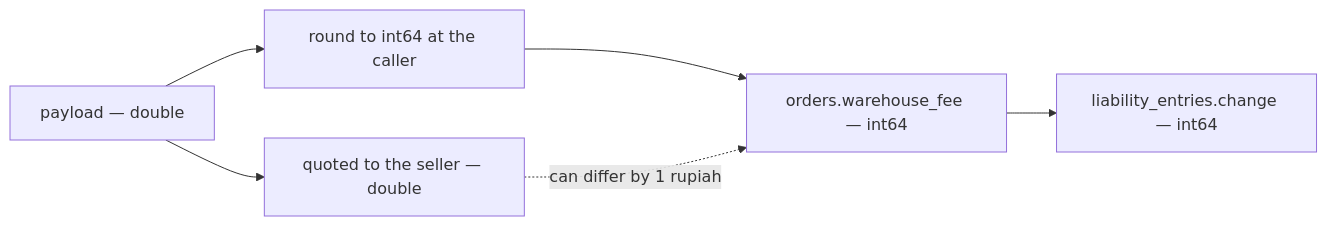
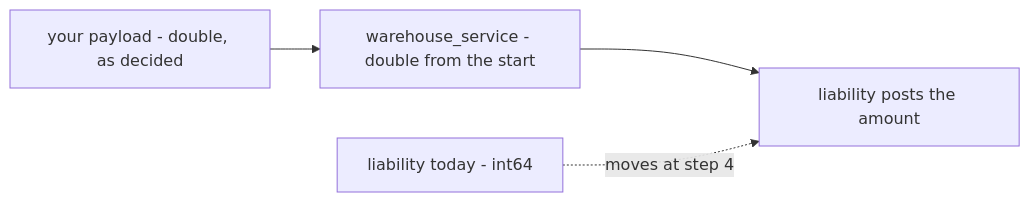
One commit to pdcgo/warehouse_revamp changed the fifth of 6 diagrams in docs/business/teams/warehouse/context_clarify.md. Above: the diagram before and after it, drawn with Mermaid. The commit also changed other lines of this file and 6 other files, not shown here.

````diff
--- a/docs/business/teams/warehouse/context_clarify.md
+++ b/docs/business/teams/warehouse/context_clarify.md
@@ -374,8 +371,6 @@
 ```mermaid
 flowchart LR
-  P["payload — double"] --> R["round to int64 at the caller"]
-  R --> F["orders.warehouse_fee — int64"]
-  F --> L["liability_entries.change — int64"]
-  P --> Q["quoted to the seller — double"]
-  Q -.->|"can differ by 1 rupiah"| F
+  P["your payload - double, as decided"] --> W["warehouse_service - double from the start"]
+  W --> L["liability posts the amount"]
+  B["liability today - int64"] -.->|"moves at step 4"| L
 ```
````
